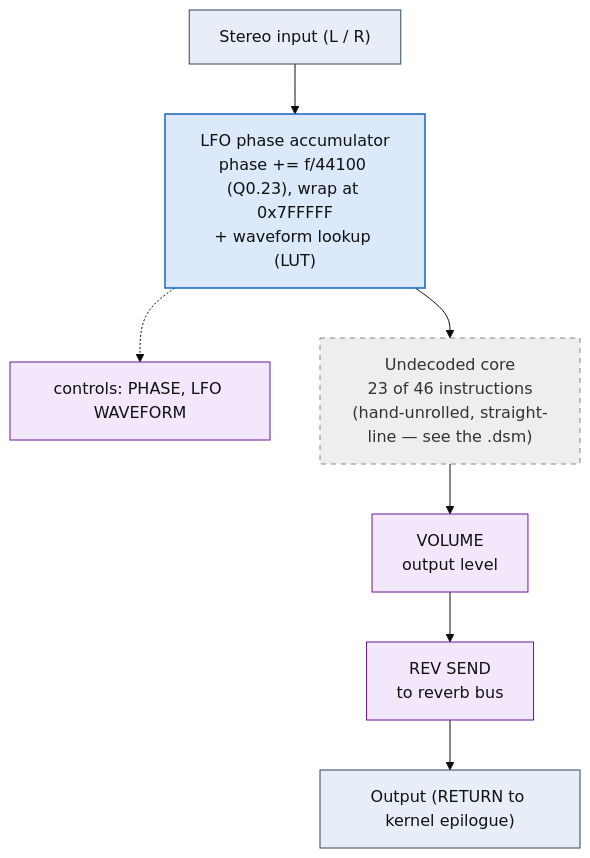
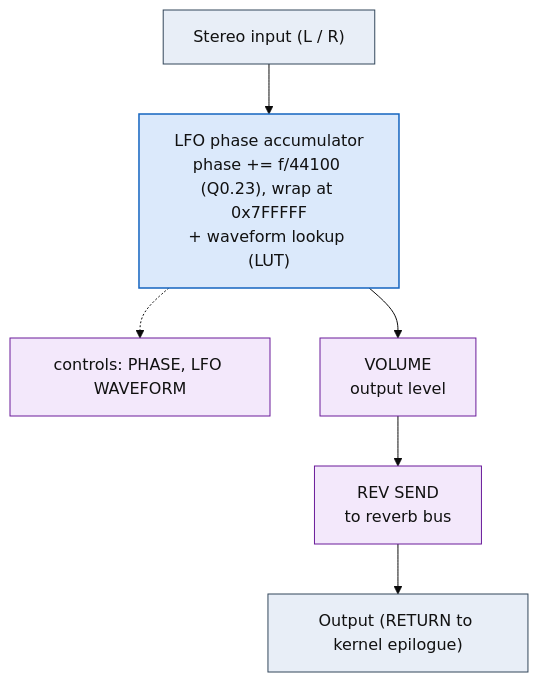
One commit to ArqueologiaDigital/kn5000-roms-disasm changed the diagram in dsp/flowcharts/prog54_ring_modulator.md. Above: the diagram before and after it, drawn with Mermaid (base theme). The commit also changed other lines of this file and 39 other files, not shown here.

First line of the commit message:
dsp: annotate all flowcharts with the classic effect topology each shape matches

````diff
--- a/dsp/flowcharts/prog54_ring_modulator.md
+++ b/dsp/flowcharts/prog54_ring_modulator.md
@@ -12,27 +12,24 @@
 ```mermaid
 flowchart TD
     N0["Stereo input (L / R)"]
     N1["LFO phase accumulator<br/>phase += f/44100 (Q0.23), wrap at 0x7FFFFF<br/>+ waveform lookup (LUT)"]
     N0 --> N1
     N2["controls: PHASE, LFO WAVEFORM"]
     N1 -.-> N2
-    N3["Undecoded core<br/>23 of 46 instructions<br/>(hand-unrolled, straight-line &mdash; see the .dsm)"]
+    N3["VOLUME<br/>output level"]
     N1 --> N3
-    N4["VOLUME<br/>output level"]
+    N4["REV SEND<br/>to reverb bus"]
     N3 --> N4
-    N5["REV SEND<br/>to reverb bus"]
+    N5["Output (RETURN to kernel epilogue)"]
     N4 --> N5
-    N6["Output (RETURN to kernel epilogue)"]
-    N5 --> N6
 
     classDef io fill:#e8eef7,stroke:#33475b,stroke-width:1px,color:#111;
     classDef proven fill:#d7f0d7,stroke:#2e7d32,stroke-width:2px,color:#111;
     classDef measured fill:#dbe9fb,stroke:#1565c0,stroke-width:1.5px,color:#111;
     classDef inferred fill:#fdf0d5,stroke:#b8860b,stroke-width:1.5px,color:#111;
     classDef open fill:#eeeeee,stroke:#888,stroke-width:1px,color:#333,stroke-dasharray:5 5;
     classDef ctrl fill:#f3e8fb,stroke:#6a1b9a,stroke-width:1px,color:#111;
-    class N0,N6 io;
+    class N0,N5 io;
     class N1 measured;
-    class N2,N4,N5 ctrl;
-    class N3 open;
+    class N2,N3,N4 ctrl;
 ```
````
